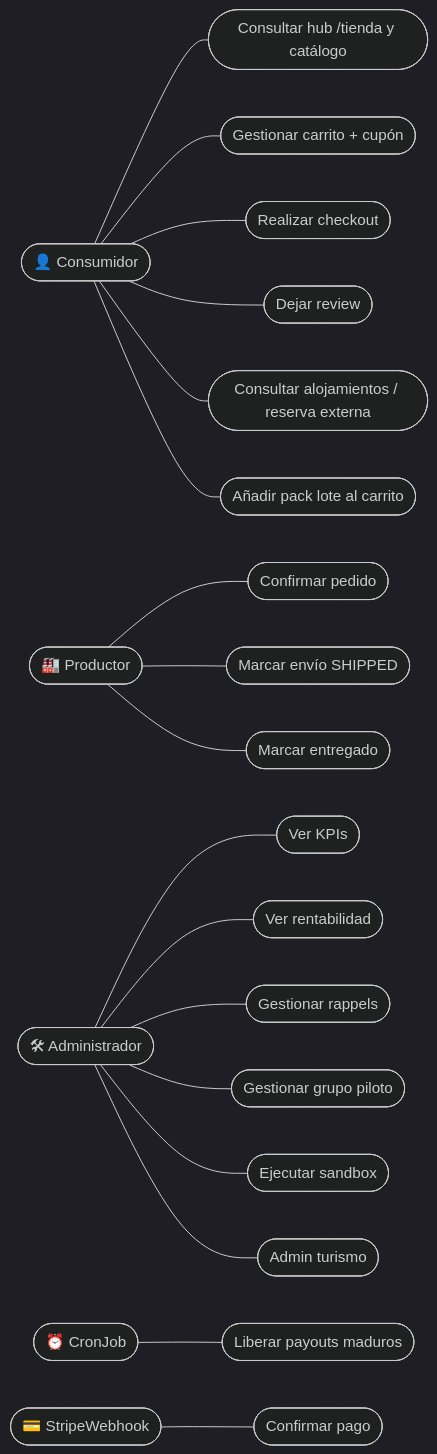
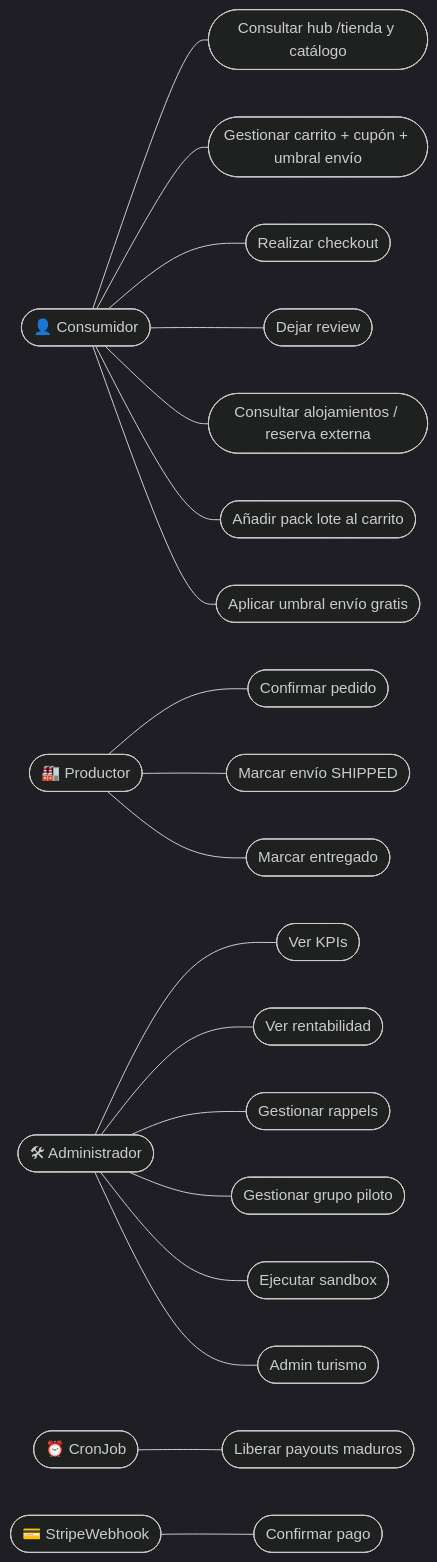
One commit to gracobjo/culebra changed the second of 7 diagrams in docs/Requisitos_Funcionales_NoFuncionales_UseCases_UML.md. Above: the diagram before and after it, drawn with Mermaid (dark theme). The commit also changed other lines of this file and 21 other files, not shown here.

First line of the commit message:
feat: umbral de envio gratis (49 EUR / 4,95 EUR) y docs de requisitos/dossier.

````diff
--- a/docs/Requisitos_Funcionales_NoFuncionales_UseCases_UML.md
+++ b/docs/Requisitos_Funcionales_NoFuncionales_UseCases_UML.md
@@ -401,50 +438,52 @@
 ```mermaid
 flowchart LR
   %% Actores
   Consumidor(["👤 Consumidor"])
   Productor(["🏭 Productor"])
   Admin(["🛠 Administrador"])
   Cron(["⏰ CronJob"])
   Stripe(["💳 StripeWebhook"])
 
   %% Casos de uso (elipses)
   UC01(["Consultar hub /tienda y catálogo"])
-  UC02(["Gestionar carrito + cupón"])
+  UC02(["Gestionar carrito + cupón + umbral envío"])
   UC03(["Realizar checkout"])
   UC04(["Dejar review"])
   UC05(["Confirmar pedido"])
   UC06(["Marcar envío SHIPPED"])
   UC07(["Marcar entregado"])
   UC08(["Ver KPIs"])
   UC09(["Ver rentabilidad"])
   UC10(["Gestionar rappels"])
   UC11(["Gestionar grupo piloto"])
   UC12(["Ejecutar sandbox"])
   UC13(["Confirmar pago"])
   UC14(["Liberar payouts maduros"])
   UC15(["Consultar alojamientos / reserva externa"])
   UC16(["Añadir pack lote al carrito"])
   UC17(["Admin turismo"])
+  UC18(["Aplicar umbral envío gratis"])
 
   %% Relaciones
   Consumidor --- UC01
   Consumidor --- UC02
   Consumidor --- UC03
   Consumidor --- UC04
   Consumidor --- UC15
   Consumidor --- UC16
+  Consumidor --- UC18
 
   Productor --- UC05
   Productor --- UC06
   Productor --- UC07
 
   Admin --- UC08
   Admin --- UC09
   Admin --- UC10
   Admin --- UC11
   Admin --- UC12
   Admin --- UC17
 
   Stripe --- UC13
   Cron   --- UC14
 ```
````
